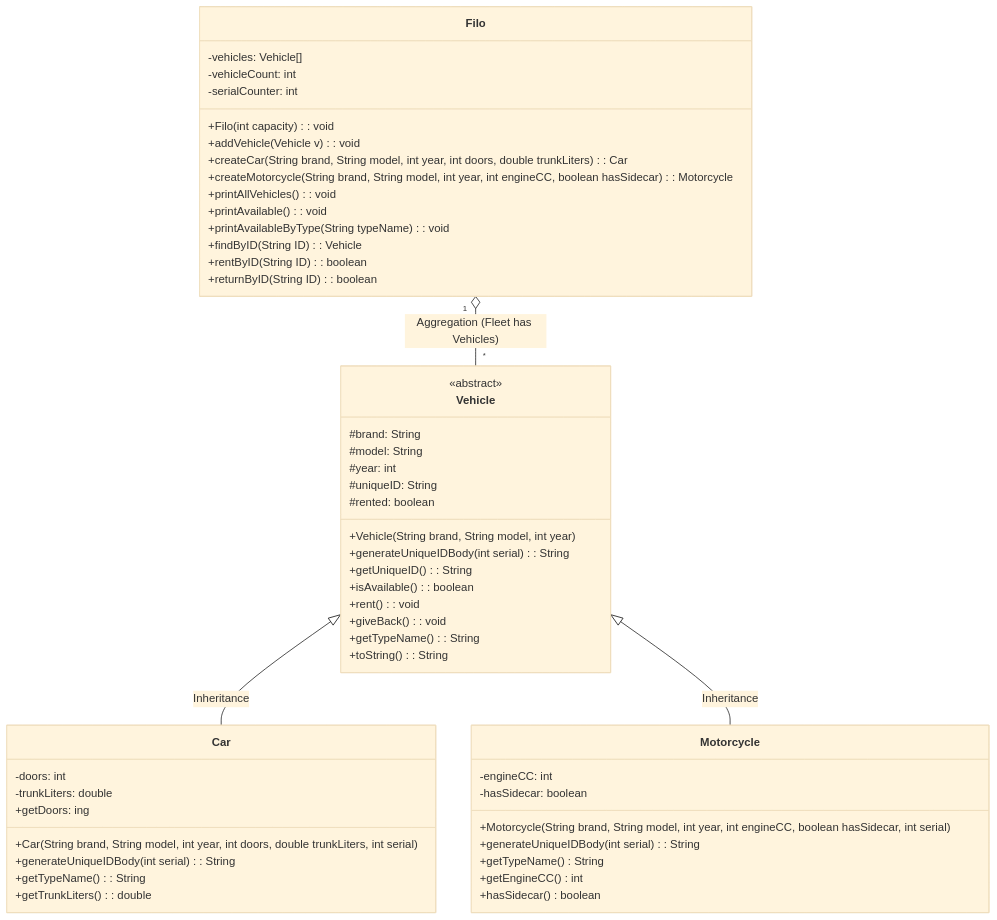
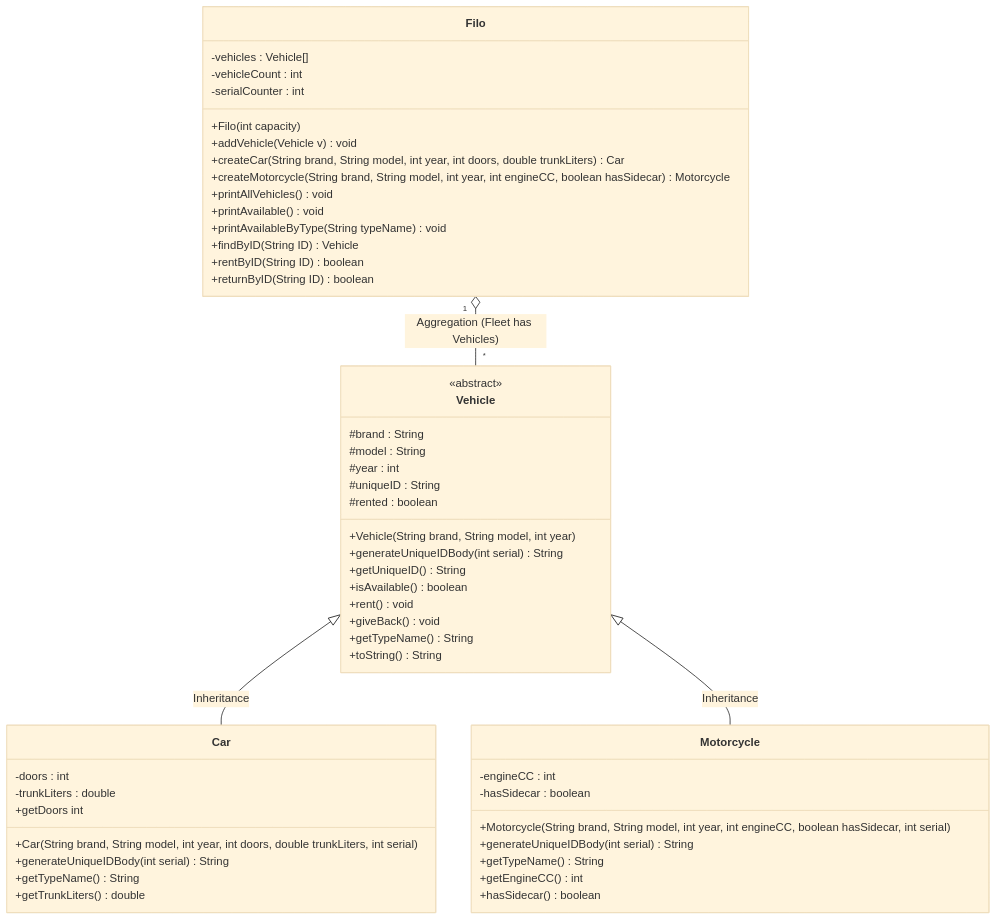
One commit to ecemaydemir/oop_learning_projects changed the second of 2 diagrams in README.md. Above: the diagram before and after it, drawn with Mermaid (base theme). The commit also changed other lines of this file, not shown here.

Commit message:
Added UML class diagrams

````diff
--- a/README.md
+++ b/README.md
@@ -79,60 +79,60 @@
 ```mermaid
 classDiagram
     class Filo {
-        -vehicles: Vehicle[]
-        -vehicleCount: int
-        -serialCounter: int
-        +Filo(int capacity): void
-        +addVehicle(Vehicle v): void
-        +createCar(String brand, String model, int year, int doors, double trunkLiters): Car
-        +createMotorcycle(String brand, String model, int year, int engineCC, boolean hasSidecar): Motorcycle
-        +printAllVehicles(): void
-        +printAvailable(): void
-        +printAvailableByType(String typeName): void
-        +findByID(String ID): Vehicle
-        +rentByID(String ID): boolean
-        +returnByID(String ID): boolean
+        -vehicles : Vehicle[]
+        -vehicleCount : int
+        -serialCounter : int
+        +Filo(int capacity)
+        +addVehicle(Vehicle v) void
+        +createCar(String brand, String model, int year, int doors, double trunkLiters) Car
+        +createMotorcycle(String brand, String model, int year, int engineCC, boolean hasSidecar) Motorcycle
+        +printAllVehicles() void
+        +printAvailable() void
+        +printAvailableByType(String typeName) void
+        +findByID(String ID) Vehicle
+        +rentByID(String ID) boolean
+        +returnByID(String ID) boolean
     }
 
     class Vehicle {
         <<abstract>>
-        #brand: String
-        #model: String 
-        #year: int
-        #uniqueID: String 
-        #rented: boolean 
+        #brand : String
+        #model : String 
+        #year : int
+        #uniqueID : String 
+        #rented : boolean 
         +Vehicle(String brand, String model, int year)
-        +generateUniqueIDBody(int serial): String
-        +getUniqueID(): String
-        +isAvailable(): boolean
-        +rent(): void
-        +giveBack(): void
-        +getTypeName(): String
-        +toString(): String
+        +generateUniqueIDBody(int serial) String
+        +getUniqueID() String
+        +isAvailable() boolean
+        +rent() void
+        +giveBack() void
+        +getTypeName() String
+        +toString() String
     }
 
     class Car {
-        -doors: int
-        -trunkLiters: double
+        -doors : int
+        -trunkLiters : double
         +Car(String brand, String model, int year, int doors, double trunkLiters, int serial)
-        +generateUniqueIDBody(int serial): String
-        +getTypeName(): String
-        +getDoors: ing
-        +getTrunkLiters(): double
+        +generateUniqueIDBody(int serial) String
+        +getTypeName() String
+        +getDoors int
+        +getTrunkLiters() double
     }
 
     class Motorcycle {
-        -engineCC: int
-        -hasSidecar: boolean
+        -engineCC : int
+        -hasSidecar : boolean
         +Motorcycle(String brand, String model, int year, int engineCC, boolean hasSidecar, int serial)
-        +generateUniqueIDBody(int serial): String
+        +generateUniqueIDBody(int serial) String
         +getTypeName() String
         +getEngineCC() int
         +hasSidecar() boolean
     }
 
     %% Relationships
     Filo "1" o-- "*" Vehicle : Aggregation (Fleet has Vehicles)
     Vehicle <|-- Car : Inheritance
     Vehicle <|-- Motorcycle : Inheritance
 ```
````
